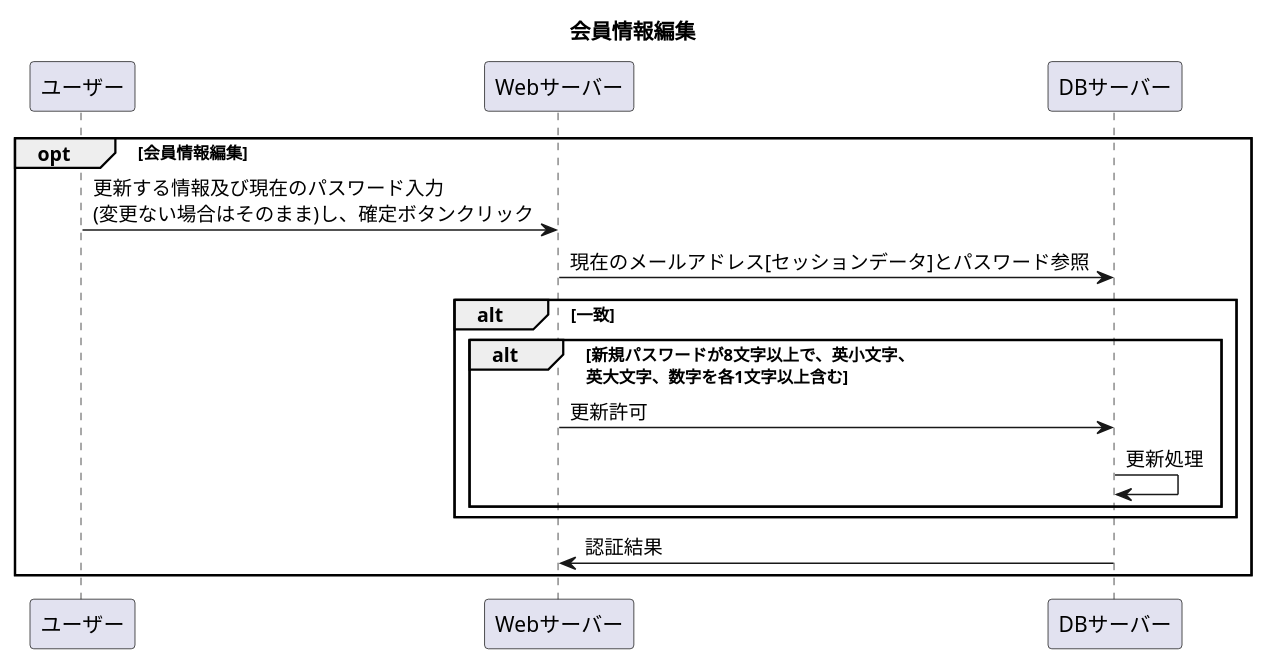
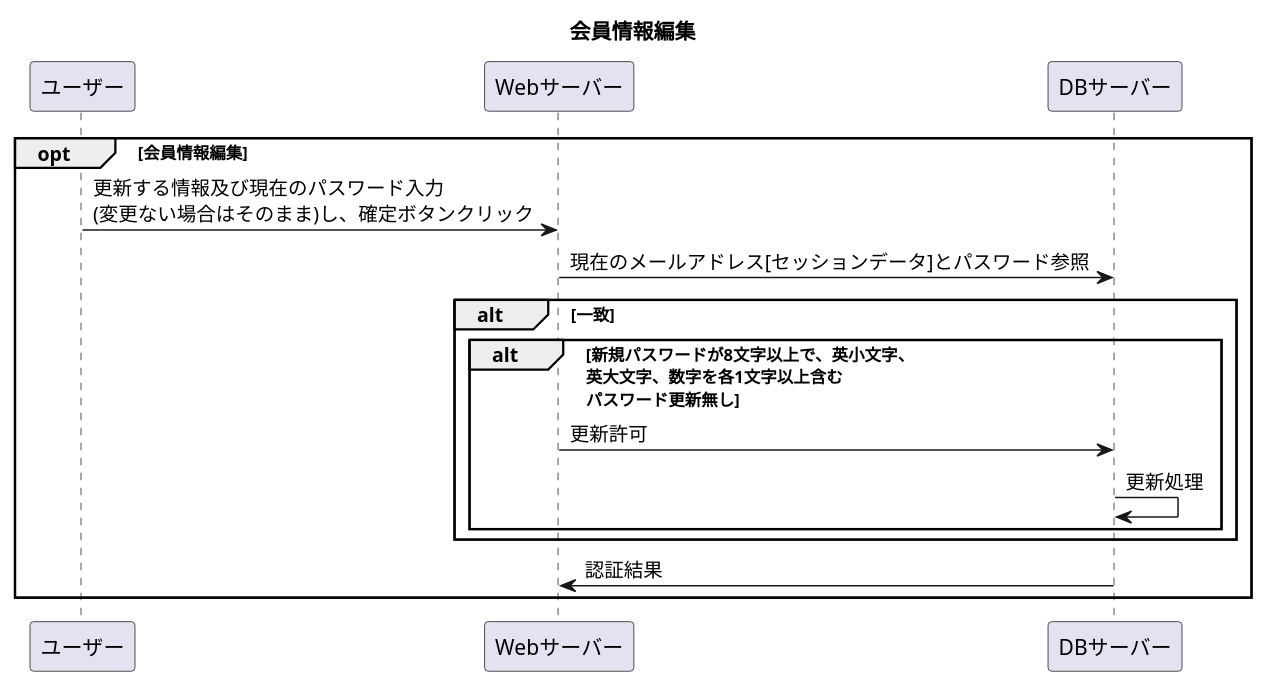
The diagram in 設計書/02_業務フロー/Edit-Business-Flow.md (Aso2001227/Aso-Sports-1), drawn with PlantUML before and after one commit.

````diff
--- a/設計書/02_業務フロー/Edit-Business-Flow.md
+++ b/設計書/02_業務フロー/Edit-Business-Flow.md
@@ -1,16 +1,16 @@
 ```uml
 @startuml
 title: 会員情報編集
 opt 会員情報編集
         ユーザー ->Webサーバー :更新する情報及び現在のパスワード入力\n(変更ない場合はそのまま)し、確定ボタンクリック
         Webサーバー -> DBサーバー : 現在のメールアドレス[セッションデータ]とパスワード参照
         alt 一致
-                alt 新規パスワードが8文字以上で、英小文字、\n英大文字、数字を各1文字以上含む
+                alt 新規パスワードが8文字以上で、英小文字、\n英大文字、数字を各1文字以上含む\nパスワード更新無し
                        Webサーバー -> DBサーバー : 更新許可
                        DBサーバー -> DBサーバー : 更新処理
                 end
         end
         DBサーバー -> Webサーバー : 認証結果
 end
 @enduml
 ```
````
